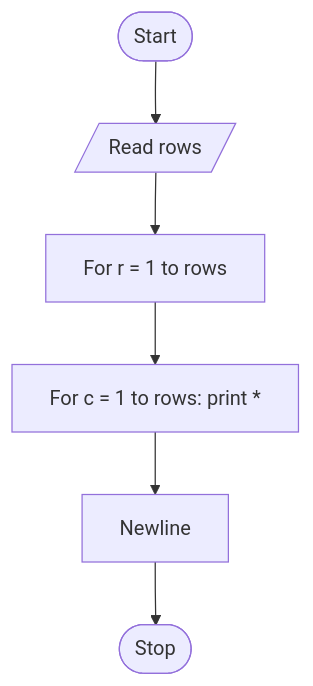
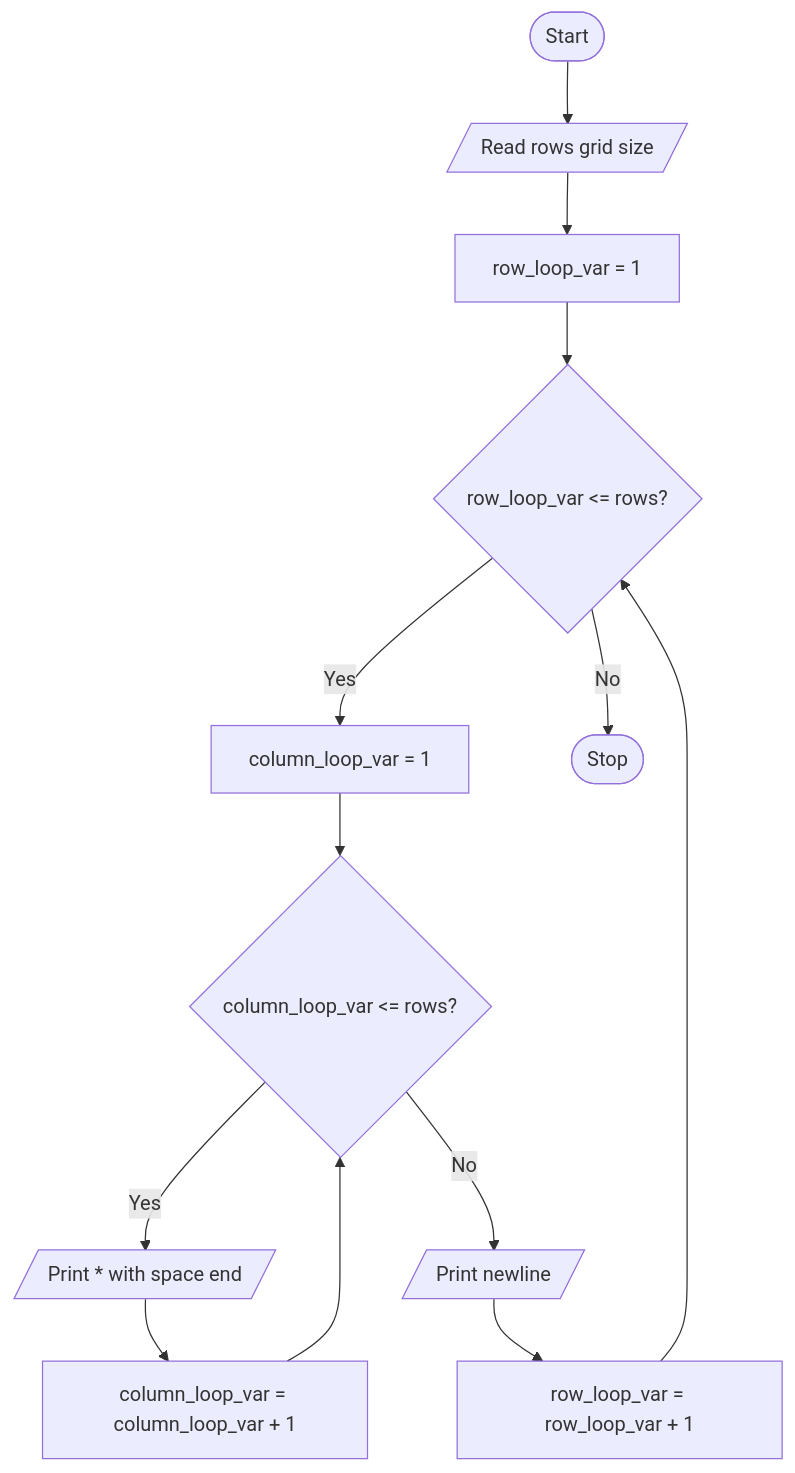
The diagram in .faculty/observations/u2c5stg.md (asvnphanindra/2026-27_PythonProgrammingCourse), drawn with Mermaid before and after one commit. The commit also changed 20 other files, not shown here.

Commit message:
Expand Full-observation flowcharts with step-by-step Mermaid detail.

````diff
--- a/.faculty/observations/u2c5stg.md
+++ b/.faculty/observations/u2c5stg.md
@@ -42,14 +42,19 @@
 ```mermaid
 flowchart TD
-    N0(["Start"])
-    N1[/"Read rows"/]
-    N2["For r = 1 to rows"]
-    N3["For c = 1 to rows: print *"]
-    N4["Newline"]
-    N5(["Stop"])
-    N0 --> N1
-    N1 --> N2
-    N2 --> N3
-    N3 --> N4
-    N4 --> N5
+Start(["Start"])
+R1[/"Read rows grid size"/]
+P1["row_loop_var = 1"]
+D1{"row_loop_var <= rows?"}
+P2["column_loop_var = 1"]
+D2{"column_loop_var <= rows?"}
+O1[/"Print * with space end"/]
+P3["column_loop_var = column_loop_var + 1"]
+O2[/"Print newline"/]
+P4["row_loop_var = row_loop_var + 1"]
+Stop(["Stop"])
+Start --> R1 --> P1 --> D1
+D1 -->|Yes| P2 --> D2
+D2 -->|Yes| O1 --> P3 --> D2
+D2 -->|No| O2 --> P4 --> D1
+D1 -->|No| Stop
 ```
````
